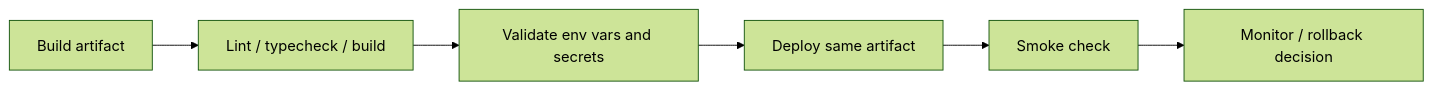
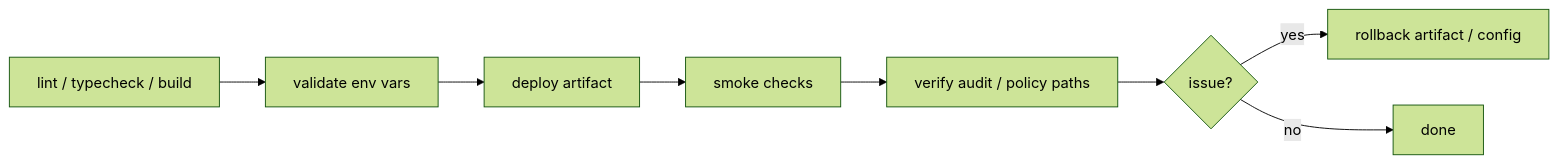
One commit to 369sup/worksync-hr changed the diagram in docs/06-devops/deployment.md. Above: the diagram before and after it, drawn with Mermaid (forest theme). The commit also changed other lines of this file and 39 other files, not shown here.

Commit message:
docs: strengthen architecture and process docs

````diff
--- a/docs/06-devops/deployment.md
+++ b/docs/06-devops/deployment.md
@@ -7,8 +13,10 @@
 ```mermaid
 flowchart LR
-  BUILD[Build artifact] --> VERIFY[Lint / typecheck / build]
-  VERIFY --> ENV[Validate env vars and secrets]
-  ENV --> DEPLOY[Deploy same artifact]
-  DEPLOY --> SMOKE[Smoke check]
-  SMOKE --> MONITOR[Monitor / rollback decision]
+  Verify[lint / typecheck / build] --> Env[validate env vars]
+  Env --> Deploy[deploy artifact]
+  Deploy --> Smoke[smoke checks]
+  Smoke --> Audit[verify audit / policy paths]
+  Audit --> Rollback{issue?}
+  Rollback -- yes --> Revert[rollback artifact / config]
+  Rollback -- no --> Done[done]
 ```
````
